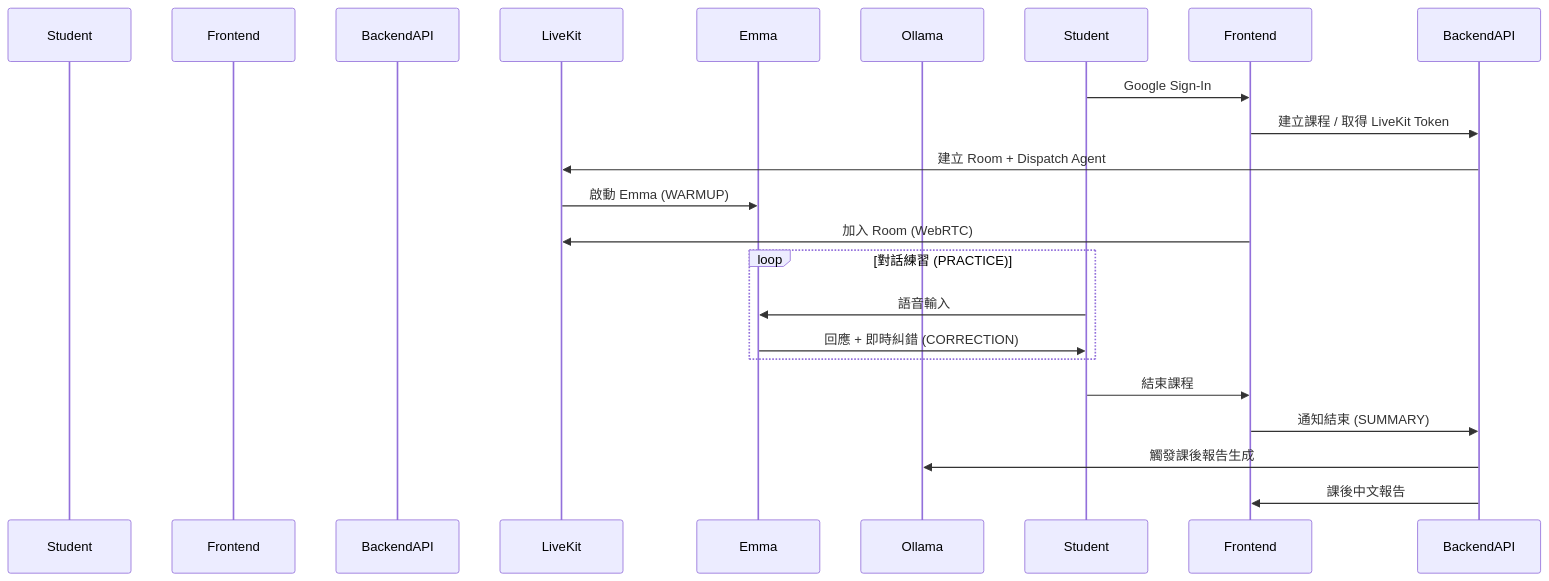
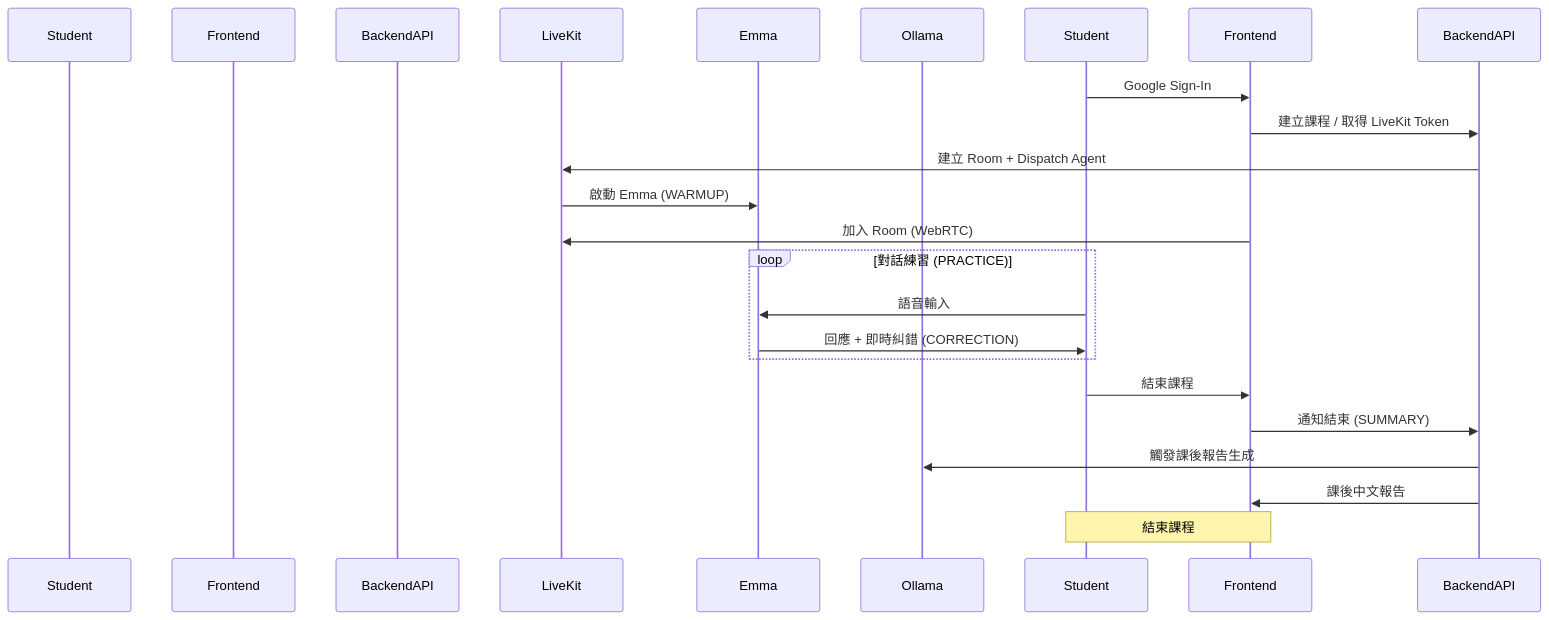
One commit to a920604a/engineernews changed the second of 2 diagrams in src/content/posts/product/2026-04-23-live-english-tutor.md. Above: the diagram before and after it, drawn with Mermaid. The commit also changed 5 other files, not shown here.

Commit message:
fix: auto-fix mermaid syntax errors in posts

````diff
--- a/src/content/posts/product/2026-04-23-live-english-tutor.md
+++ b/src/content/posts/product/2026-04-23-live-english-tutor.md
@@ -61,23 +61,24 @@
 ```mermaid
 sequenceDiagram
   participant 學生 as Student
   participant 前端 as Frontend
   participant 後端API as BackendAPI
   participant LiveKit as LiveKit
   participant Emma as Emma
   participant Ollama as Ollama
 
   Student->>Frontend: Google Sign-In
   Frontend->>BackendAPI: 建立課程 / 取得 LiveKit Token
   BackendAPI->>LiveKit: 建立 Room + Dispatch Agent
   LiveKit->>Emma: 啟動 Emma (WARMUP)
   Frontend->>LiveKit: 加入 Room (WebRTC)
   loop 對話練習 (PRACTICE)
     Student->>Emma: 語音輸入
     Emma->>Student: 回應 + 即時糾錯 (CORRECTION)
   end
   Student->>Frontend: 結束課程
   Frontend->>BackendAPI: 通知結束 (SUMMARY)
   BackendAPI->>Ollama: 觸發課後報告生成
   BackendAPI->>Frontend: 課後中文報告
+  Note over Student,Frontend: 結束課程
 ```
````
